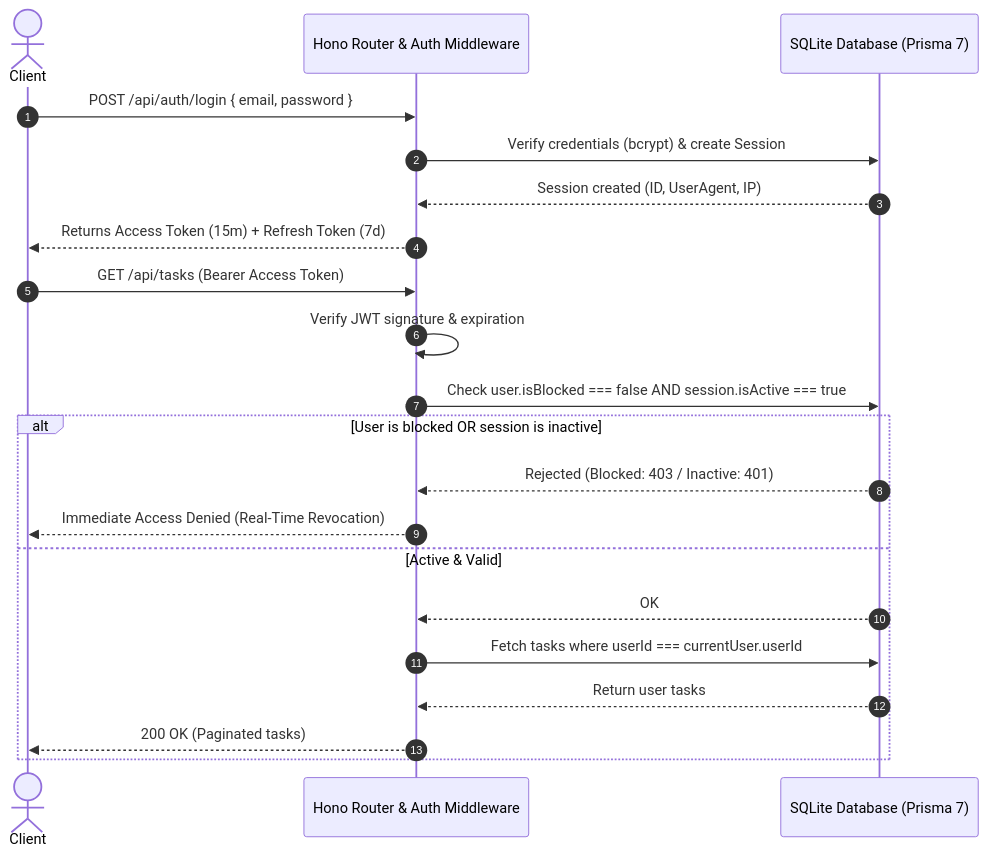
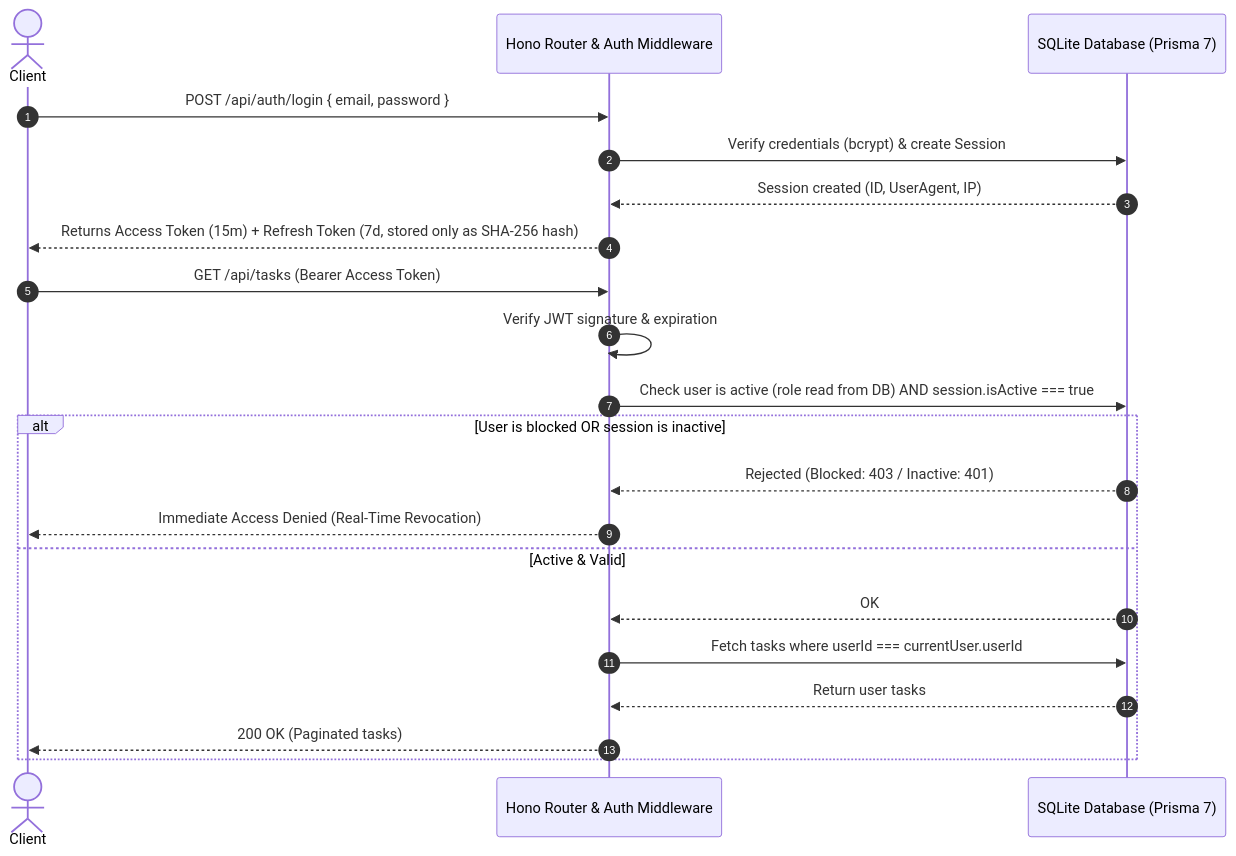
The diagram in README.md (Collanteslu/hono-prisma-production-starter), drawn with Mermaid before and after one commit. The commit also changed other lines of this file and 44 other files, not shown here.

````diff
--- a/README.md
+++ b/README.md
@@ -170,25 +185,25 @@
 ```mermaid
 sequenceDiagram
     autonumber
     actor Client
     participant Hono as Hono Router & Auth Middleware
     participant SQLite as SQLite Database (Prisma 7)
 
     Client->>Hono: POST /api/auth/login { email, password }
     Hono->>SQLite: Verify credentials (bcrypt) & create Session
     SQLite-->>Hono: Session created (ID, UserAgent, IP)
-    Hono-->>Client: Returns Access Token (15m) + Refresh Token (7d)
+    Hono-->>Client: Returns Access Token (15m) + Refresh Token (7d, stored only as SHA-256 hash)
 
     Client->>Hono: GET /api/tasks (Bearer Access Token)
     Hono->>Hono: Verify JWT signature & expiration
-    Hono->>SQLite: Check user.isBlocked === false AND session.isActive === true
+    Hono->>SQLite: Check user is active (role read from DB) AND session.isActive === true
     alt User is blocked OR session is inactive
         SQLite-->>Hono: Rejected (Blocked: 403 / Inactive: 401)
         Hono-->>Client: Immediate Access Denied (Real-Time Revocation)
     else Active & Valid
         SQLite-->>Hono: OK
         Hono->>SQLite: Fetch tasks where userId === currentUser.userId
         SQLite-->>Hono: Return user tasks
         Hono-->>Client: 200 OK (Paginated tasks)
     end
 ```
````
